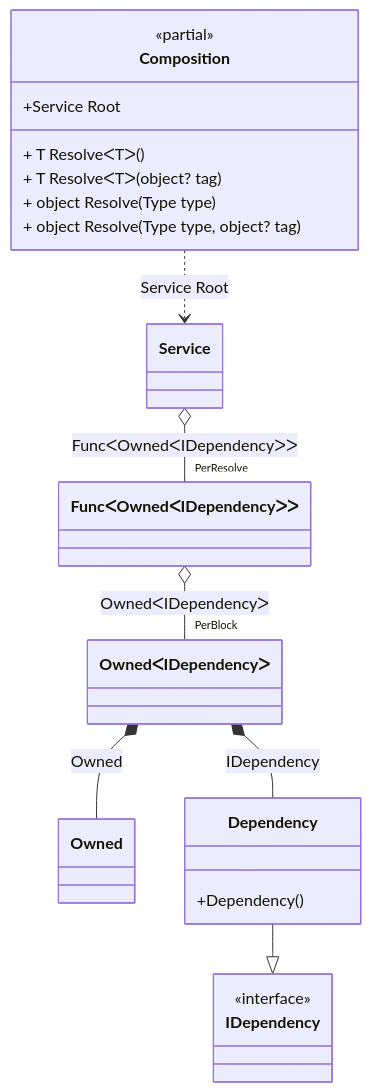
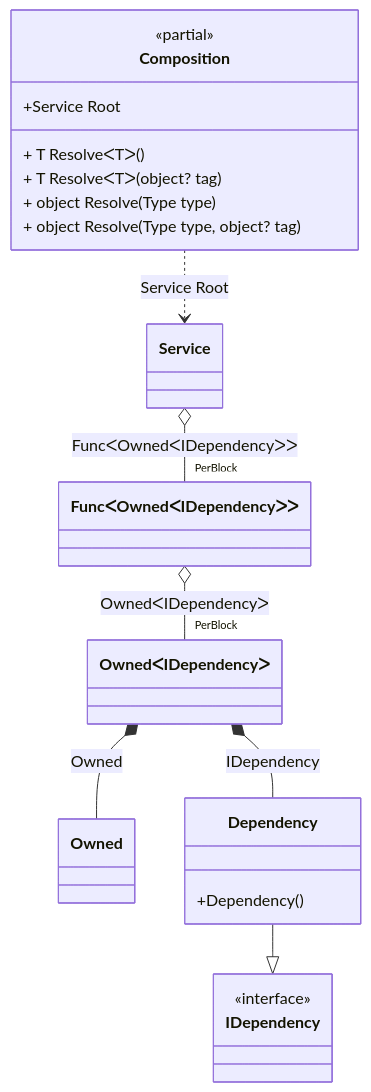
The diagram in readme/tracking-async-disposable-instances-in-delegates.md (DevTeam/Pure.DI), drawn with Mermaid before and after one commit. The commit also changed other lines of this file and 33 other files, not shown here.

````diff
--- a/readme/tracking-async-disposable-instances-in-delegates.md
+++ b/readme/tracking-async-disposable-instances-in-delegates.md
@@ -257,26 +247,26 @@
 ```mermaid
 classDiagram
 	class Composition {
 		<<partial>>
 		+Service Root
 		+ T ResolveᐸTᐳ()
 		+ T ResolveᐸTᐳ(object? tag)
 		+ object Resolve(Type type)
 		+ object Resolve(Type type, object? tag)
 	}
 	class Owned
 	Dependency --|> IDependency
 	class Dependency {
 		+Dependency()
 	}
 	class FuncᐸOwnedᐸIDependencyᐳᐳ
 	class OwnedᐸIDependencyᐳ
 	class IDependency {
 		<<interface>>
 	}
 	Composition ..> Service : Service Root
-	Service o-- "PerResolve" FuncᐸOwnedᐸIDependencyᐳᐳ : FuncᐸOwnedᐸIDependencyᐳᐳ
+	Service o-- "PerBlock" FuncᐸOwnedᐸIDependencyᐳᐳ : FuncᐸOwnedᐸIDependencyᐳᐳ
 	FuncᐸOwnedᐸIDependencyᐳᐳ o-- "PerBlock" OwnedᐸIDependencyᐳ : OwnedᐸIDependencyᐳ
 	OwnedᐸIDependencyᐳ *--  Owned : Owned
 	OwnedᐸIDependencyᐳ *--  Dependency : IDependency
 ```
````
